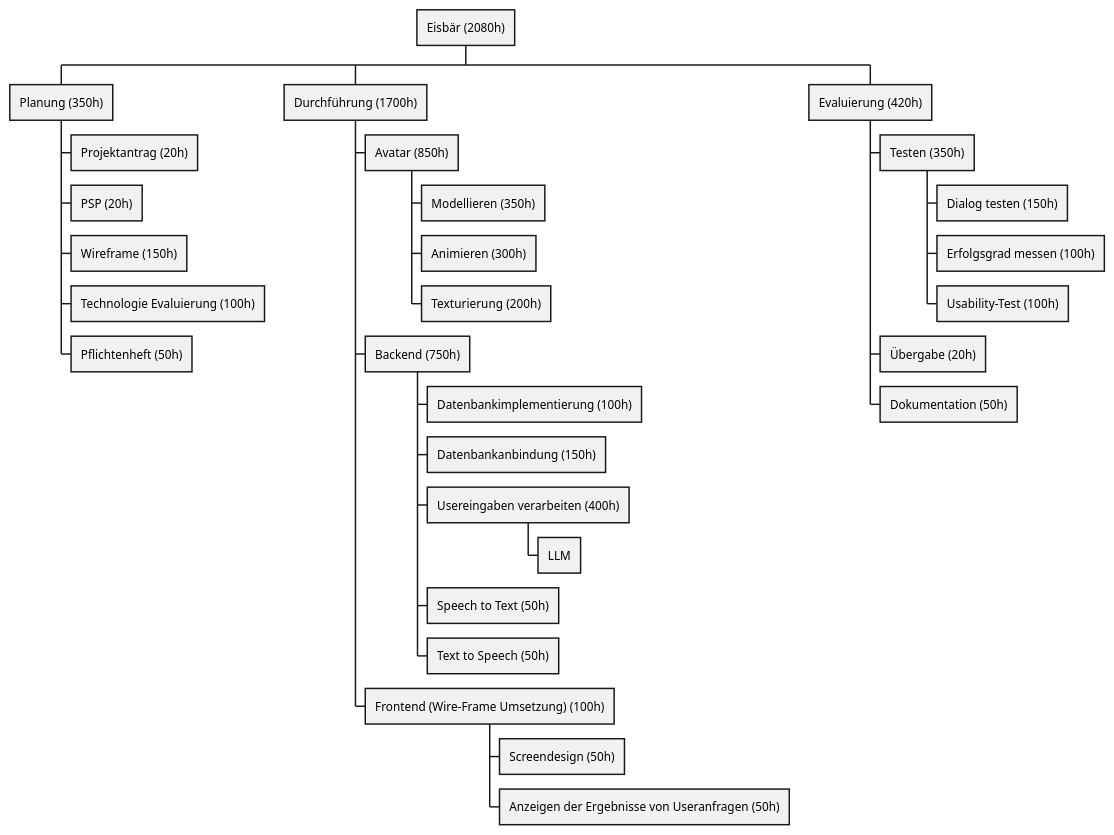
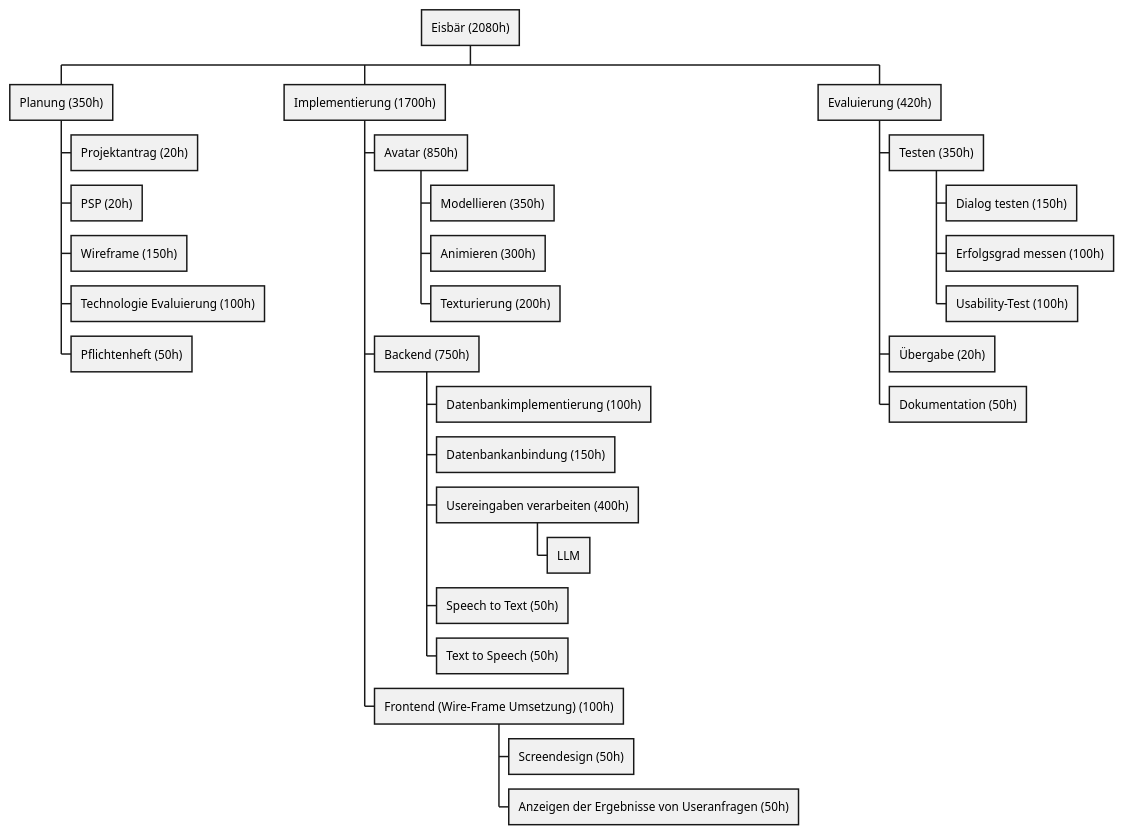
Before and after one commit to 2425-4bhitm-itp/eisbaer: the diagram in documents/psp.puml, drawn with PlantUML.

Commit message:
changed psp

```diff
--- a/documents/psp.puml
+++ b/documents/psp.puml
@@ -1,45 +1,45 @@
 @startwbs
 * Eisbär (2080h)
 
 ** Planung (350h)
 
 *** Projektantrag (20h)
 *** PSP (20h)
 *** Wireframe (150h)
 *** Technologie Evaluierung (100h)
 *** Pflichtenheft (50h)
 
-** Durchführung (1700h)
+**  Implementierung (1700h)
 
 *** Avatar (850h)
 
 **** Modellieren (350h)
 **** Animieren (300h)
 **** Texturierung (200h)
 
 *** Backend (750h)
 
 **** Datenbankimplementierung (100h)
 **** Datenbankanbindung (150h)
 **** Usereingaben verarbeiten (400h)
 ***** LLM
 **** Speech to Text (50h)
 **** Text to Speech (50h)
 
 *** Frontend (Wire-Frame Umsetzung) (100h)
 
 **** Screendesign (50h)
 **** Anzeigen der Ergebnisse von Useranfragen (50h)
 
 ** Evaluierung (420h)
 
 *** Testen (350h)
 
 **** Dialog testen (150h)
 **** Erfolgsgrad messen (100h)
 **** Usability-Test (100h)
 
 *** Übergabe (20h)
 
 *** Dokumentation (50h)
 @endwbs
```
